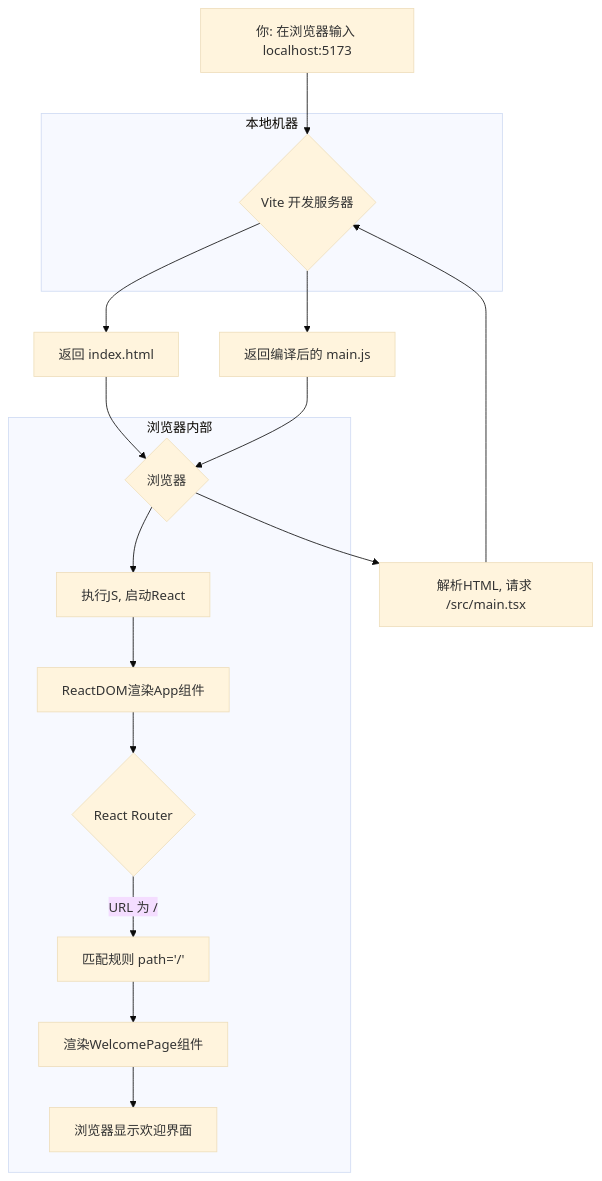
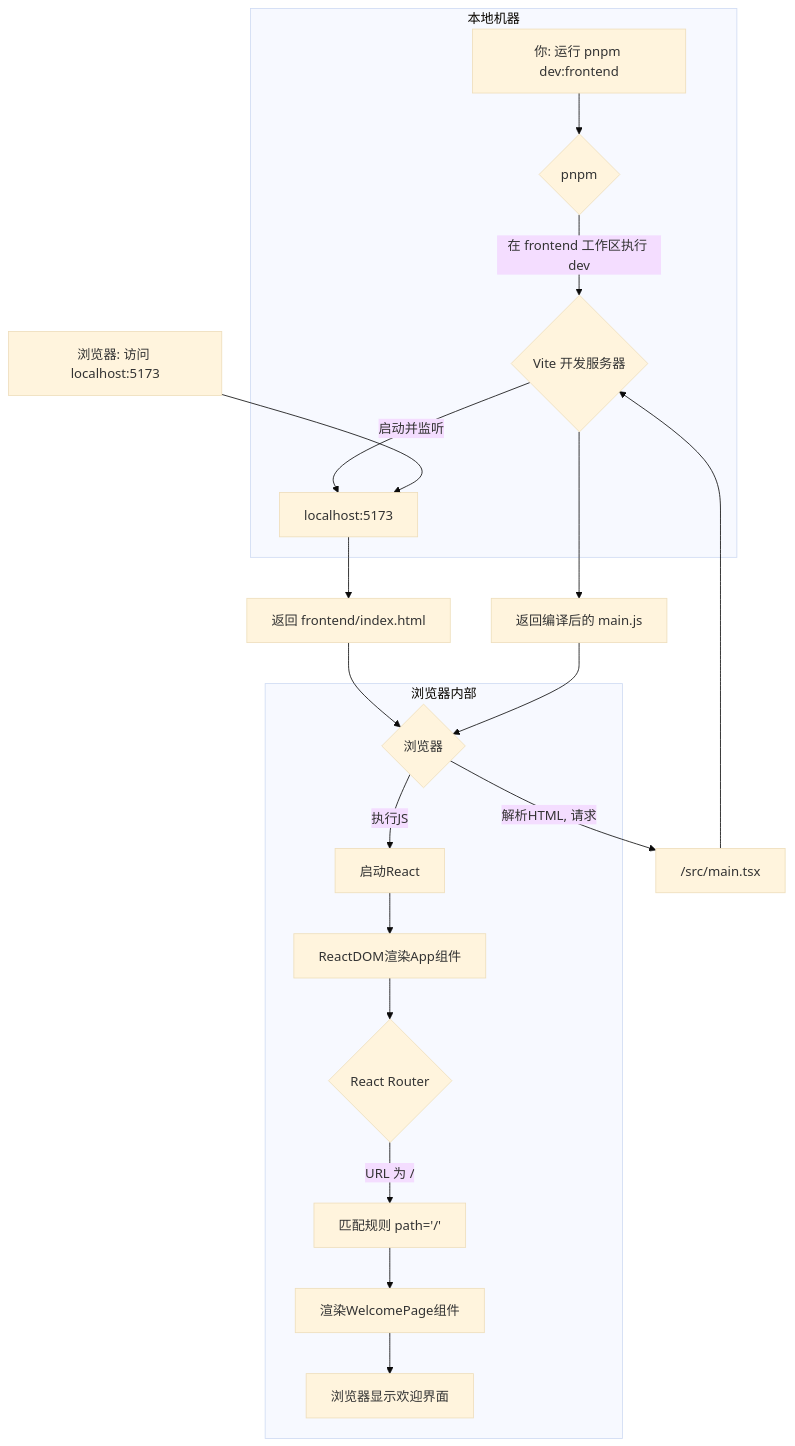
The diagram in docs/tutorial/how-vite-react-app-works.md (ubuntutester202/wechat-shop), drawn with Mermaid (base theme) before and after one commit. The commit also changed other lines of this file and 6 other files, not shown here.

````diff
--- a/docs/tutorial/how-vite-react-app-works.md
+++ b/docs/tutorial/how-vite-react-app-works.md
@@ -138,28 +147,36 @@
 ```mermaid
 graph TD;
-    A[你: 在浏览器输入 localhost:5173] --> B{Vite 开发服务器};
-    B --> C[返回 index.html];
-    C --> D{浏览器};
-    D --> E[解析HTML, 请求 /src/main.tsx];
-    E --> B;
-    B --> F[返回编译后的 main.js];
-    F --> D;
-    D --> G[执行JS, 启动React];
-    G --> H["ReactDOM渲染App组件"];
-    H --> I{React Router};
-    I -- "URL 为 /" --> J["匹配规则 path='/'"];
-    J --> K["渲染WelcomePage组件"];
-    K --> L[浏览器显示欢迎界面];
+    A[你: 运行 pnpm dev:frontend] --> B{pnpm};
+    B -- 在 frontend 工作区执行 dev --> C{Vite 开发服务器};
+    C -- 启动并监听 --> D[localhost:5173];
+    E[浏览器: 访问 localhost:5173] --> D;
+    D --> F[返回 frontend/index.html];
+    F --> G{浏览器};
+    G -- 解析HTML, 请求 --> H["/src/main.tsx"];
+    H --> C;
+    C --> I[返回编译后的 main.js];
+    I --> G;
+    G -- 执行JS --> J[启动React];
+    J --> K["ReactDOM渲染App组件"];
+    K --> L{React Router};
+    L -- "URL 为 /" --> M["匹配规则 path='/'"];
+    M --> N["渲染WelcomePage组件"];
+    N --> O[浏览器显示欢迎界面];
+
     subgraph 浏览器内部
-        D
         G
-        H
-        I
         J
         K
         L
+        M
+        N
+        O
     end
+
     subgraph 本地机器
+        A
         B
+        C
+        D
     end
 ```
````
